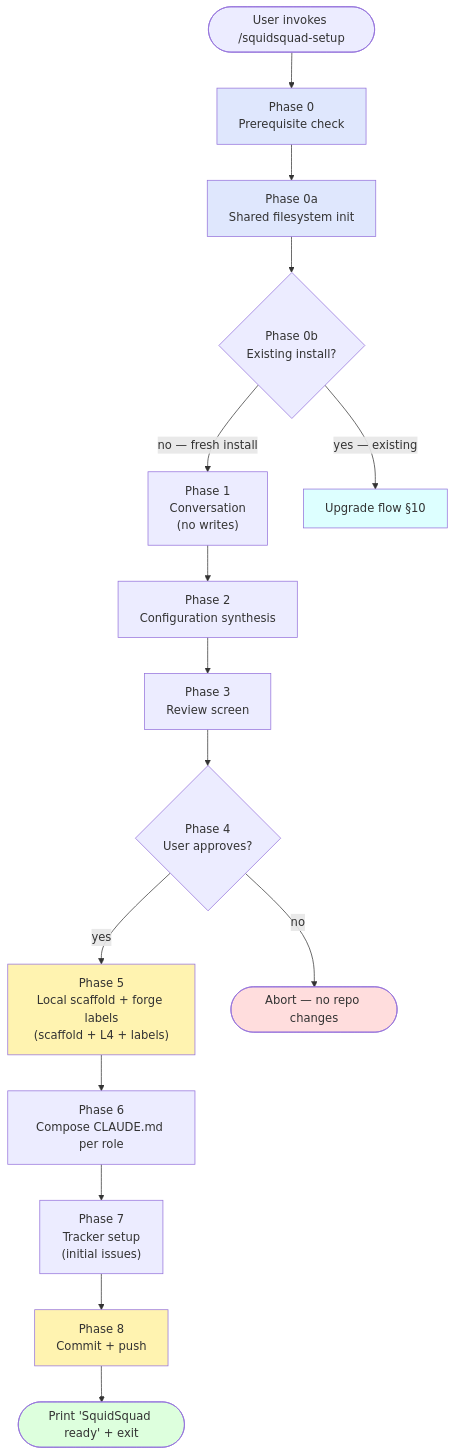
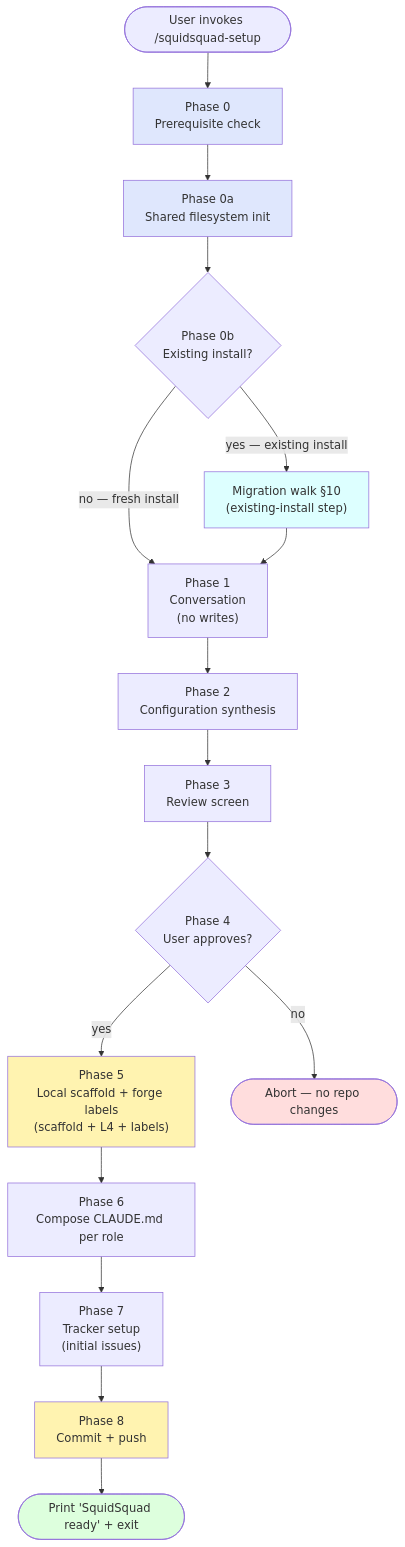
Before and after one commit to WallyDoodlez/SquidSquad: the second of 3 diagrams in docs/INSTALLER-ARCH.md, drawn with Mermaid. The commit also changed other lines of this file and 3 other files, not shown here.

````diff
--- a/docs/INSTALLER-ARCH.md
+++ b/docs/INSTALLER-ARCH.md
@@ -113,33 +113,33 @@
 ```mermaid
 flowchart TB
     Start([User invokes /squidsquad-setup])
     P0["Phase 0<br/>Prerequisite check"]
     P0a["Phase 0a<br/>Shared filesystem init"]
     P0b{"Phase 0b<br/>Existing install?"}
     P1["Phase 1<br/>Conversation<br/>(no writes)"]
     P2["Phase 2<br/>Configuration synthesis"]
     P3["Phase 3<br/>Review screen"]
     P4{"Phase 4<br/>User approves?"}
     P5["Phase 5<br/>Local scaffold + forge labels<br/>(scaffold + L4 + labels)"]
     P6["Phase 6<br/>Compose CLAUDE.md per role"]
     P7["Phase 7<br/>Tracker setup<br/>(initial issues)"]
     P8["Phase 8<br/>Commit + push"]
     P9(["Print 'SquidSquad ready' + exit"])
-    Upgrade["Upgrade flow §10"]
+    Migrate["Migration walk §10<br/>(existing-install step)"]
     Abort(["Abort — no repo changes"])
 
     Start --> P0 --> P0a --> P0b
     P0b -->|"no — fresh install"| P1
-    P0b -->|"yes — existing"| Upgrade
+    P0b -->|"yes — existing install"| Migrate --> P1
     P1 --> P2 --> P3 --> P4
     P4 -->|"yes"| P5 --> P6 --> P7 --> P8 --> P9
     P4 -->|"no"| Abort
 
     style P0 fill:#dfe7fd
     style P0a fill:#dfe7fd
     style P5 fill:#fff3b0
     style P8 fill:#fff3b0
     style P9 fill:#dfd
     style Abort fill:#fdd
-    style Upgrade fill:#dff
+    style Migrate fill:#dff
 ```
````
